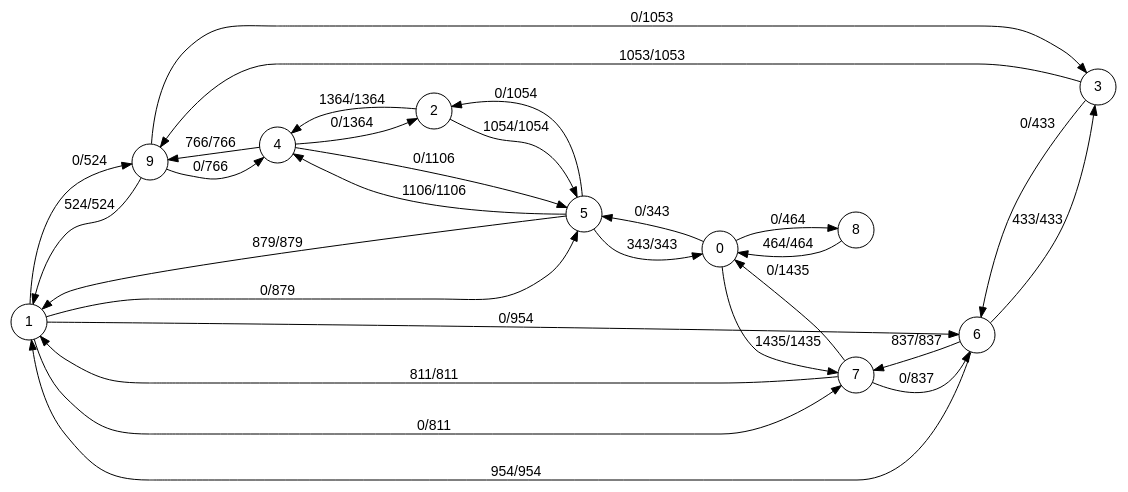
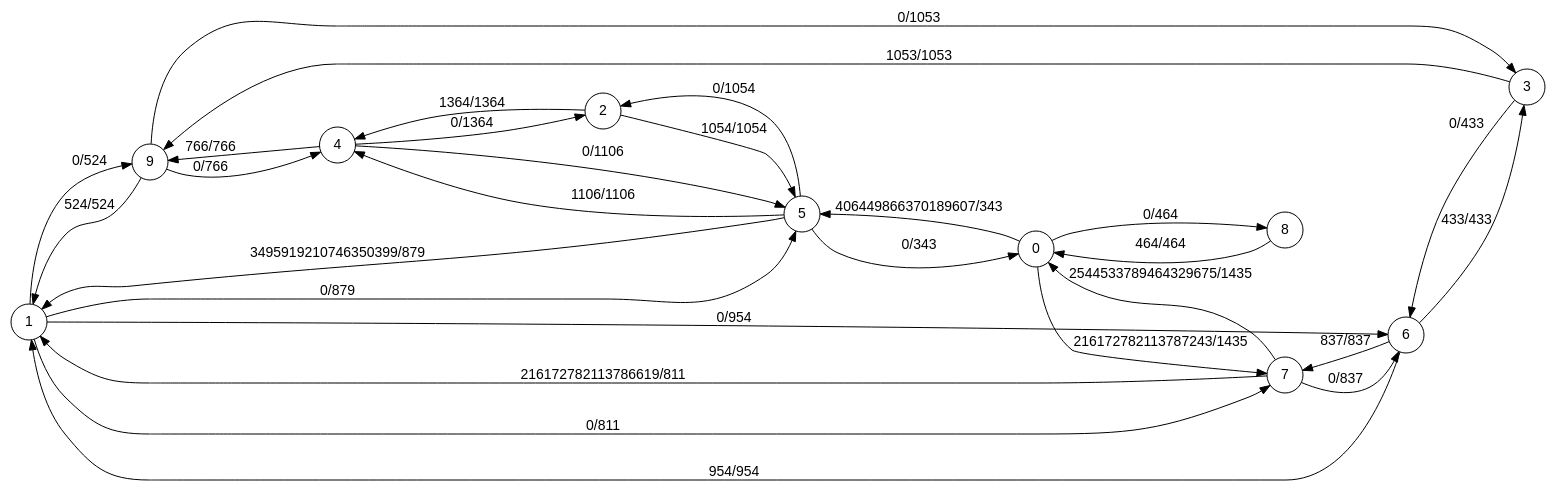
The diagram in solution.dot (mateobwe/ocaml-maxflow-project), drawn with Graphviz before and after one commit. The commit also changed 4 other files, not shown here.

```diff
--- a/solution.dot
+++ b/solution.dot
@@ -1,35 +1,35 @@
 digraph finite_state_machine {
   fontname="Helvetica,Arial,sans-serif"
   node [fontname="Helvetica,Arial,sans-serif"]
   edge [fontname="Helvetica,Arial,sans-serif"]
   rankdir=LR;
   node [shape = circle];
   1 -> 9 [ label = "0/524" ];
   1 -> 7 [ label = "0/811" ];
   1 -> 5 [ label = "0/879" ];
   1 -> 6 [ label = "0/954" ];
   9 -> 1 [ label = "524/524" ];
   9 -> 3 [ label = "0/1053" ];
   9 -> 4 [ label = "0/766" ];
   3 -> 9 [ label = "1053/1053" ];
   3 -> 6 [ label = "0/433" ];
   4 -> 9 [ label = "766/766" ];
   4 -> 5 [ label = "0/1106" ];
   4 -> 2 [ label = "0/1364" ];
   7 -> 6 [ label = "0/837" ];
-  7 -> 0 [ label = "0/1435" ];
-  7 -> 1 [ label = "811/811" ];
+  7 -> 0 [ label = "2544533789464329675/1435" ];
+  7 -> 1 [ label = "216172782113786619/811" ];
   6 -> 7 [ label = "837/837" ];
   6 -> 3 [ label = "433/433" ];
   6 -> 1 [ label = "954/954" ];
-  0 -> 7 [ label = "1435/1435" ];
+  0 -> 7 [ label = "216172782113787243/1435" ];
   0 -> 8 [ label = "0/464" ];
-  0 -> 5 [ label = "0/343" ];
+  0 -> 5 [ label = "406449866370189607/343" ];
   8 -> 0 [ label = "464/464" ];
   5 -> 4 [ label = "1106/1106" ];
   5 -> 2 [ label = "0/1054" ];
-  5 -> 1 [ label = "879/879" ];
-  5 -> 0 [ label = "343/343" ];
+  5 -> 1 [ label = "3495919210746350399/879" ];
+  5 -> 0 [ label = "0/343" ];
   2 -> 4 [ label = "1364/1364" ];
   2 -> 5 [ label = "1054/1054" ];
 }
```
